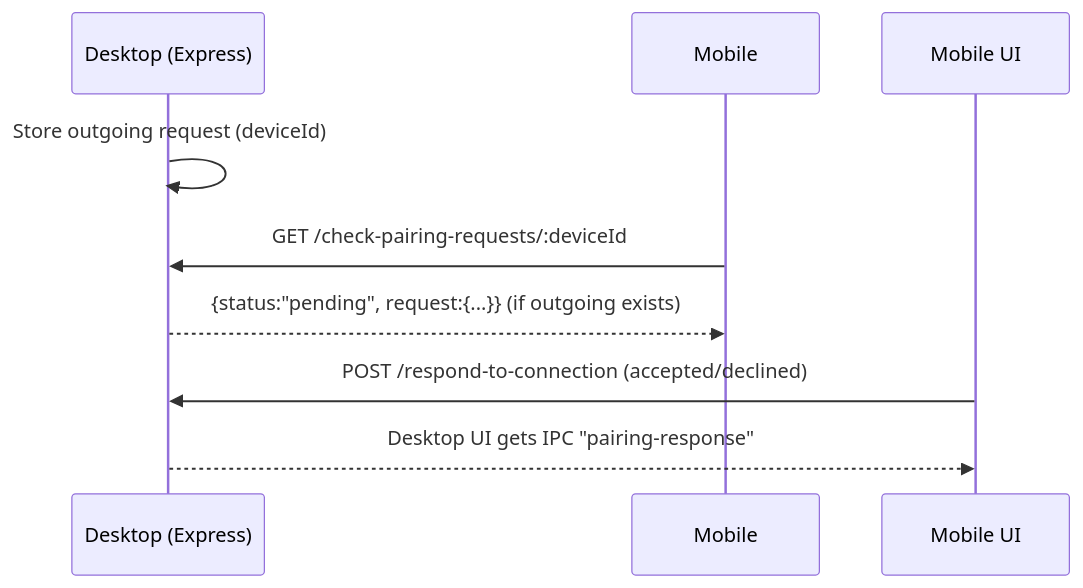
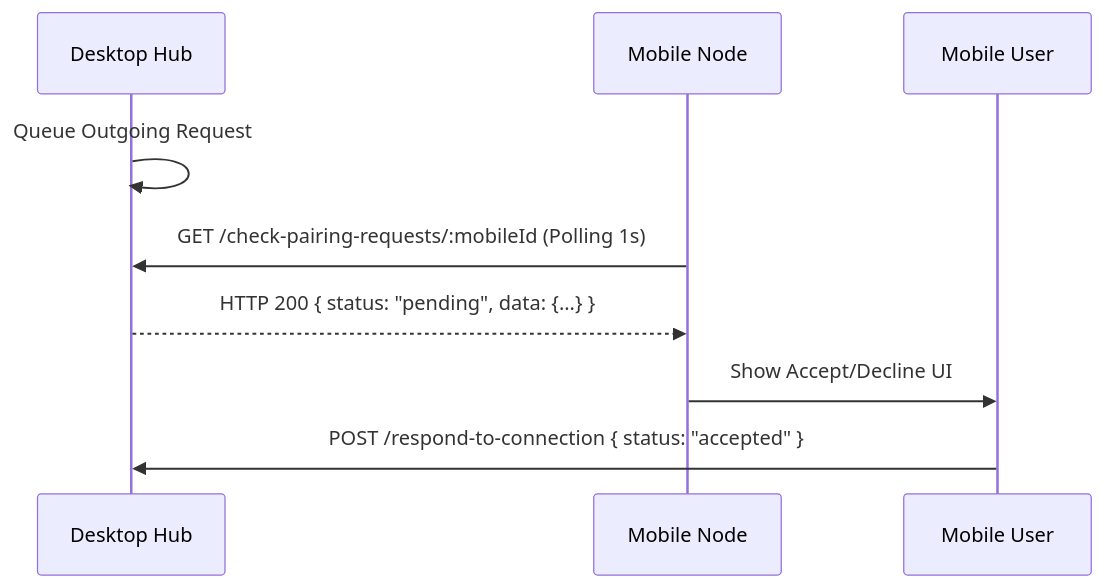
Before and after one commit to lwshakib/exlink-file-transfer: the second of 2 diagrams in HOW_IT_WORKS.md, drawn with Mermaid. The commit also changed other lines of this file and 5 other files, not shown here.

````diff
--- a/HOW_IT_WORKS.md
+++ b/HOW_IT_WORKS.md
@@ -132,12 +68,12 @@
 ```mermaid
 sequenceDiagram
-  participant D as Desktop (Express)
-  participant M as Mobile
-  participant UI as Mobile UI
-
-  D->>D: Store outgoing request (deviceId)
-  M->>D: GET /check-pairing-requests/:deviceId
-  D-->>M: {status:"pending", request:{...}} (if outgoing exists)
-  UI->>D: POST /respond-to-connection (accepted/declined)
-  D-->>UI: Desktop UI gets IPC "pairing-response"
+    participant D as Desktop Hub
+    participant M as Mobile Node
+    participant UI as Mobile User
+    
+    D->>D: Queue Outgoing Request
+    M->>D: GET /check-pairing-requests/:mobileId (Polling 1s)
+    D-->>M: HTTP 200 { status: "pending", data: {...} }
+    M->>UI: Show Accept/Decline UI
+    UI->>D: POST /respond-to-connection { status: "accepted" }
 ```
````
